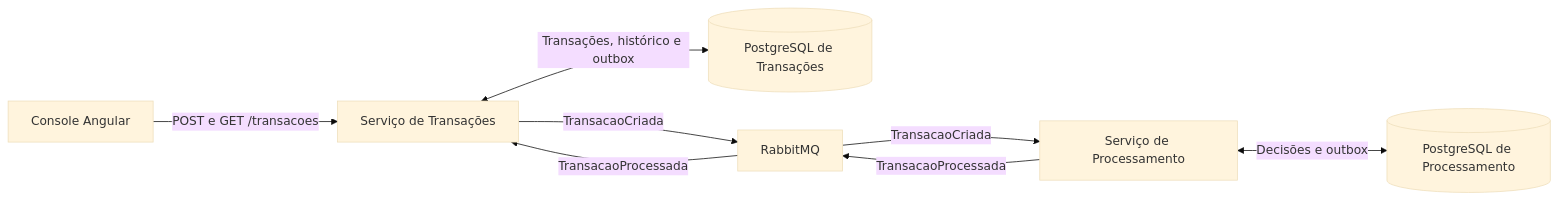
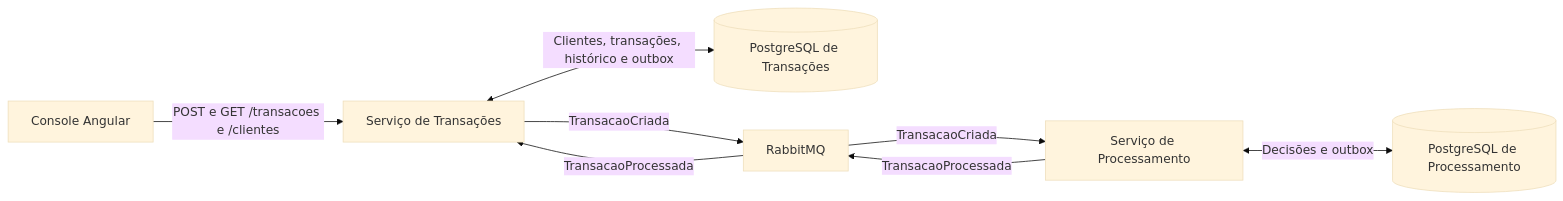
Before and after one commit to Joaomagh/credpay: the diagram in README.md, drawn with Mermaid (base theme). The commit also changed other lines of this file and 4 other files, not shown here.

````diff
--- a/README.md
+++ b/README.md
@@ -33,10 +34,10 @@
 ```mermaid
 flowchart LR
-    UI["Console Angular"] -->|"POST e GET /transacoes"| T["Serviço de Transações"]
-    T <-->|"Transações, histórico e outbox"| DBT[("PostgreSQL de Transações")]
+    UI["Console Angular"] -->|"POST e GET /transacoes e /clientes"| T["Serviço de Transações"]
+    T <-->|"Clientes, transações, histórico e outbox"| DBT[("PostgreSQL de Transações")]
     T -->|"TransacaoCriada"| MQ["RabbitMQ"]
     MQ -->|"TransacaoCriada"| P["Serviço de Processamento"]
     P <-->|"Decisões e outbox"| DBP[("PostgreSQL de Processamento")]
     P -->|"TransacaoProcessada"| MQ
     MQ -->|"TransacaoProcessada"| T
 ```
````
